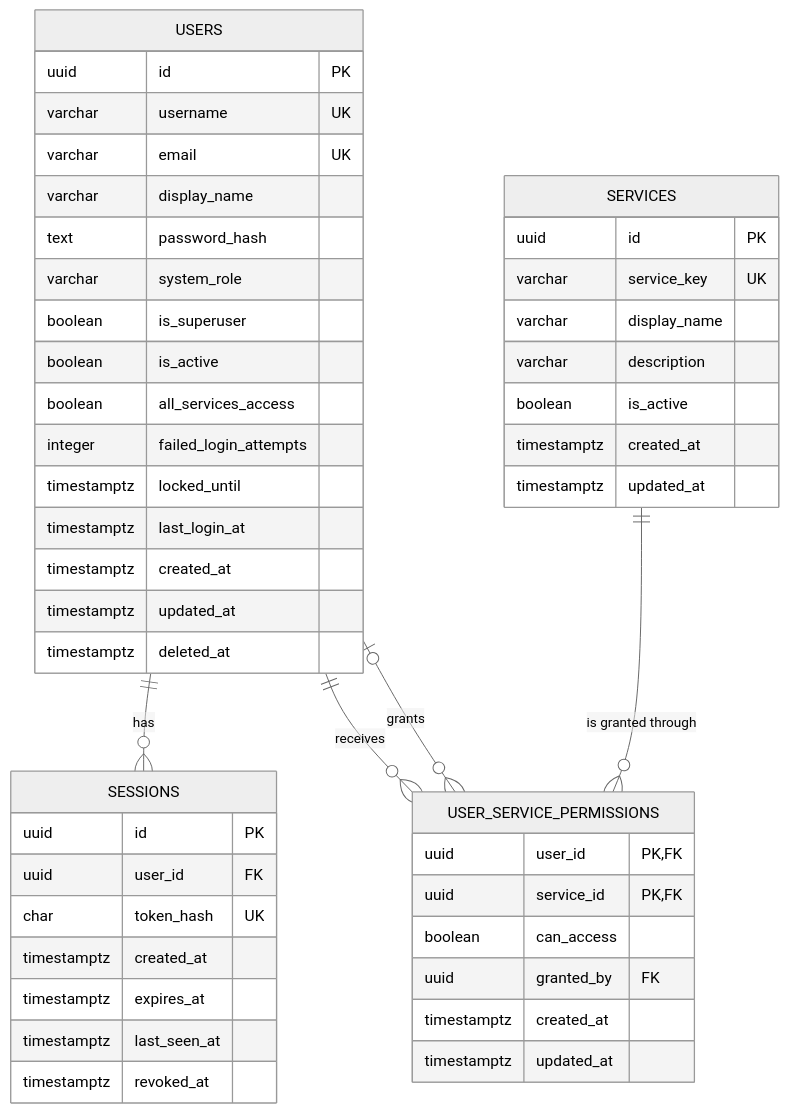
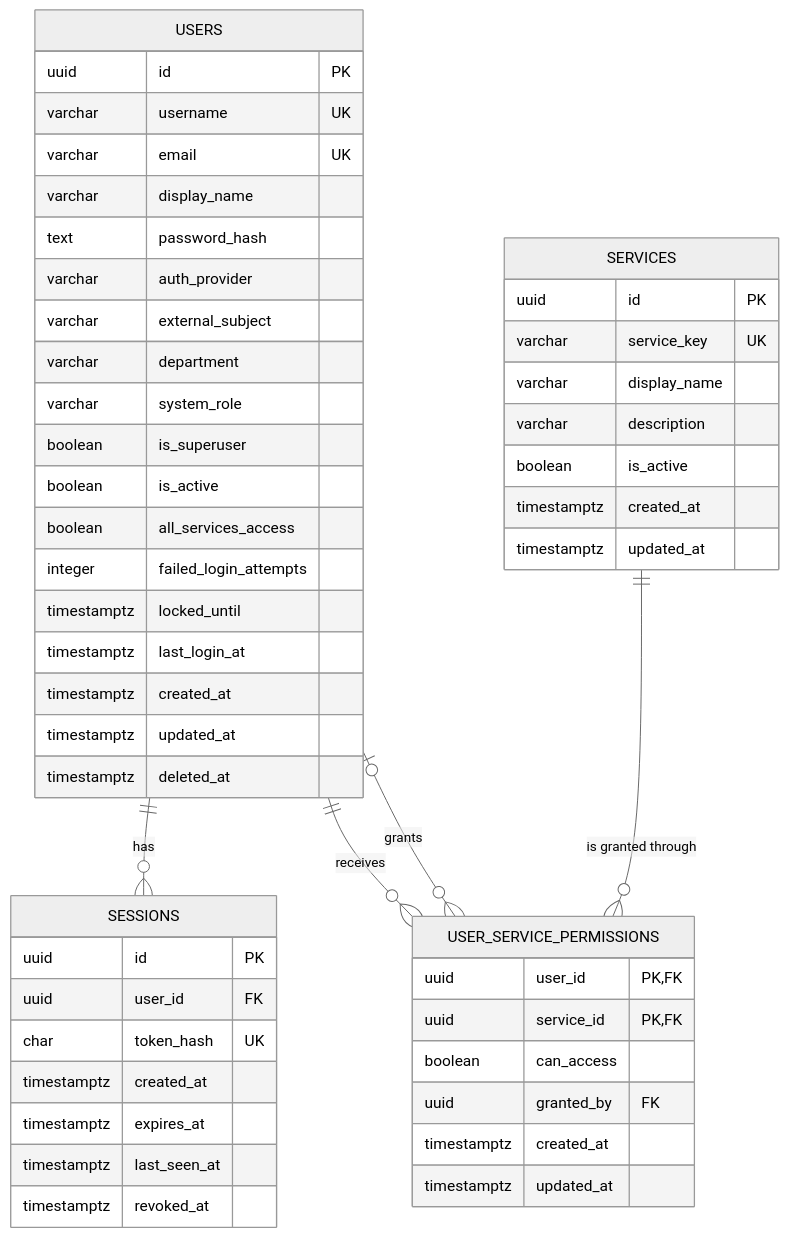
Before and after one commit to studyhard01/automation_smb: the sixth of 7 diagrams in docs/AUTHENTICATION_AND_USER_MANAGEMENT.md, drawn with Mermaid (neutral theme). The commit also changed other lines of this file and 25 other files, not shown here.

````diff
--- a/docs/AUTHENTICATION_AND_USER_MANAGEMENT.md
+++ b/docs/AUTHENTICATION_AND_USER_MANAGEMENT.md
@@ -365,54 +369,57 @@
 ```mermaid
 erDiagram
     USERS ||--o{ SESSIONS : "has"
     USERS ||--o{ USER_SERVICE_PERMISSIONS : "receives"
     SERVICES ||--o{ USER_SERVICE_PERMISSIONS : "is granted through"
     USERS o|--o{ USER_SERVICE_PERMISSIONS : "grants"
 
     USERS {
         uuid id PK
         varchar username UK
         varchar email UK
         varchar display_name
         text password_hash
+        varchar auth_provider
+        varchar external_subject
+        varchar department
         varchar system_role
         boolean is_superuser
         boolean is_active
         boolean all_services_access
         integer failed_login_attempts
         timestamptz locked_until
         timestamptz last_login_at
         timestamptz created_at
         timestamptz updated_at
         timestamptz deleted_at
     }
 
     SERVICES {
         uuid id PK
         varchar service_key UK
         varchar display_name
         varchar description
         boolean is_active
         timestamptz created_at
         timestamptz updated_at
     }
 
     USER_SERVICE_PERMISSIONS {
         uuid user_id PK, FK
         uuid service_id PK, FK
         boolean can_access
         uuid granted_by FK
         timestamptz created_at
         timestamptz updated_at
     }
 
     SESSIONS {
         uuid id PK
         uuid user_id FK
         char token_hash UK
         timestamptz created_at
         timestamptz expires_at
         timestamptz last_seen_at
         timestamptz revoked_at
     }
 ```
````
